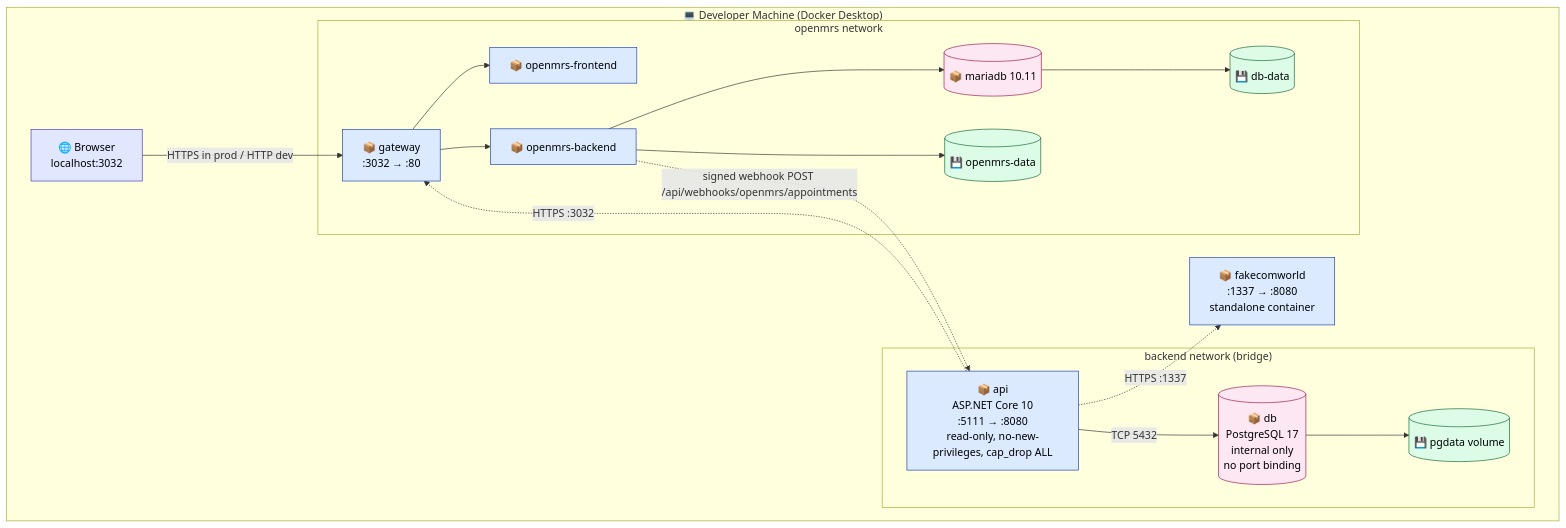
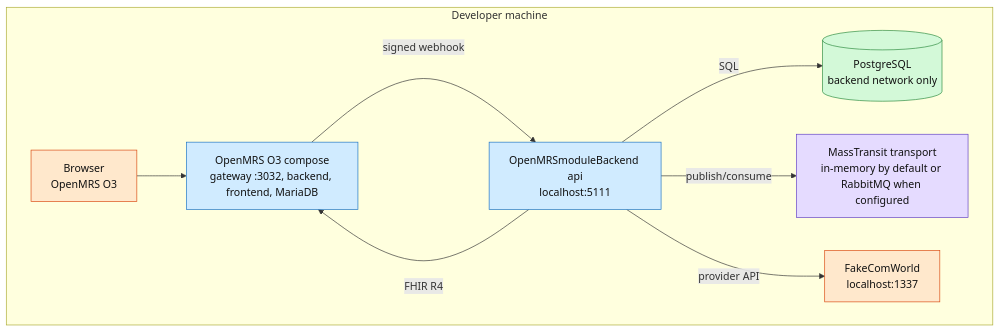
One commit to Rishyansyal/OpenMRSmoduleBackend changed the first of 2 diagrams in docs/c4/09-deployment.md. Above: the diagram before and after it, drawn with Mermaid. The commit also changed other lines of this file and 160 other files, not shown here.

````diff
--- a/docs/c4/09-deployment.md
+++ b/docs/c4/09-deployment.md
@@ -7,42 +7,24 @@
 ```mermaid
 flowchart TB
-    classDef host fill:#f1f5f9,stroke:#475569,stroke-width:2px,color:#000
-    classDef network fill:#fef9c3,stroke:#a16207,stroke-width:1px,color:#000
-    classDef container fill:#dbeafe,stroke:#1e40af,stroke-width:1px,color:#000
-    classDef db fill:#fce7f3,stroke:#9d174d,stroke-width:1px,color:#000
-    classDef ext fill:#e0e7ff,stroke:#4338ca,stroke-width:1px,color:#000
-    classDef volume fill:#dcfce7,stroke:#166534,stroke-width:1px,color:#000
+    classDef host fill:#f8f9fa,stroke:#495057,color:#111
+    classDef container fill:#d0ebff,stroke:#1971c2,color:#111
+    classDef db fill:#d3f9d8,stroke:#2b8a3e,color:#111
+    classDef queue fill:#e5dbff,stroke:#5f3dc4,color:#111
+    classDef ext fill:#ffe8cc,stroke:#d9480f,color:#111
 
-    subgraph Host["💻 Developer Machine (Docker Desktop)"]
-        Browser["🌐 Browser<br/>localhost:3032"]:::ext
-
-        subgraph netBackend["backend network (bridge)"]
-            API["📦 api<br/>ASP.NET Core 10<br/>:5111 → :8080<br/>read-only, no-new-privileges, cap_drop ALL"]:::container
-            DB[("📦 db<br/>PostgreSQL 17<br/>internal only<br/>no port binding")]:::db
-            VolPG[("💾 pgdata volume")]:::volume
-        end
-
-        subgraph netOMRS["openmrs network"]
-            GW["📦 gateway<br/>:3032 → :80"]:::container
-            OMFE["📦 openmrs-frontend"]:::container
-            OMBE["📦 openmrs-backend"]:::container
-            OMDB[("📦 mariadb 10.11")]:::db
-            VolOMRS[("💾 openmrs-data")]:::volume
-            VolDB[("💾 db-data")]:::volume
-        end
-
-        FAKE["📦 fakecomworld<br/>:1337 → :8080<br/>standalone container"]:::container
+    subgraph host["Developer machine"]
+        browser["Browser<br/>OpenMRS O3"]:::ext
+        fake["FakeComWorld<br/>localhost:1337"]:::ext
+        openmrs["OpenMRS O3 compose<br/>gateway :3032, backend, frontend, MariaDB"]:::container
+        api["OpenMRSmoduleBackend api<br/>localhost:5111"]:::container
+        pg[("PostgreSQL<br/>backend network only")]:::db
+        bus["MassTransit transport<br/>in-memory by default or RabbitMQ when configured"]:::queue
     end
 
-    Browser -->|HTTPS in prod / HTTP dev| GW
-    API -->|TCP 5432| DB
-    DB --> VolPG
-    API -.->|HTTPS :3032| GW
-    GW --> OMFE
-    GW --> OMBE
-    OMBE --> OMDB
-    OMBE --> VolOMRS
-    OMDB --> VolDB
-    API -.->|HTTPS :1337| FAKE
-    OMBE -.->|signed webhook POST /api/webhooks/openmrs/appointments| API
+    browser --> openmrs
+    openmrs -->|"signed webhook"| api
+    api -->|"FHIR R4"| openmrs
+    api -->|"SQL"| pg
+    api -->|"publish/consume"| bus
+    api -->|"provider API"| fake
 ```
````
